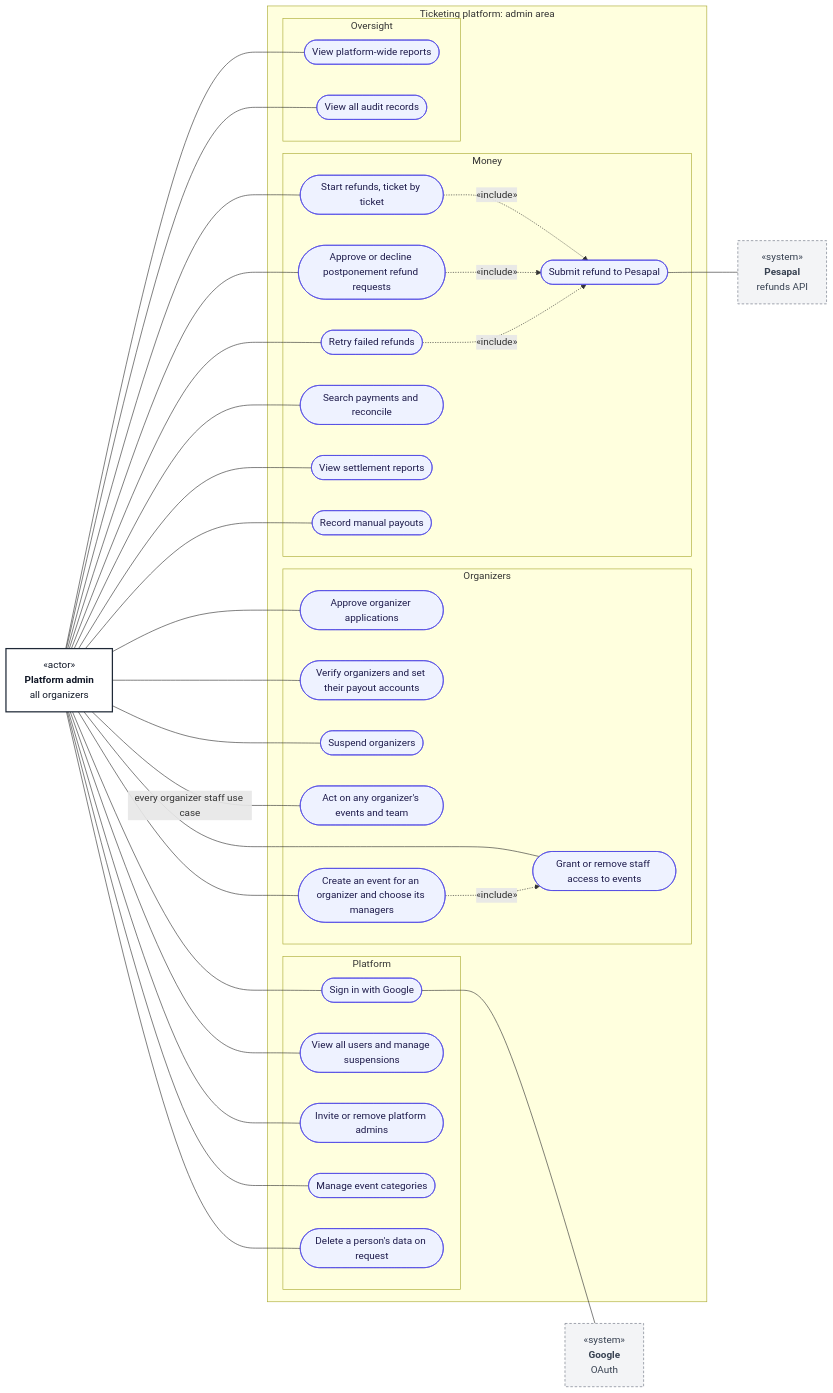
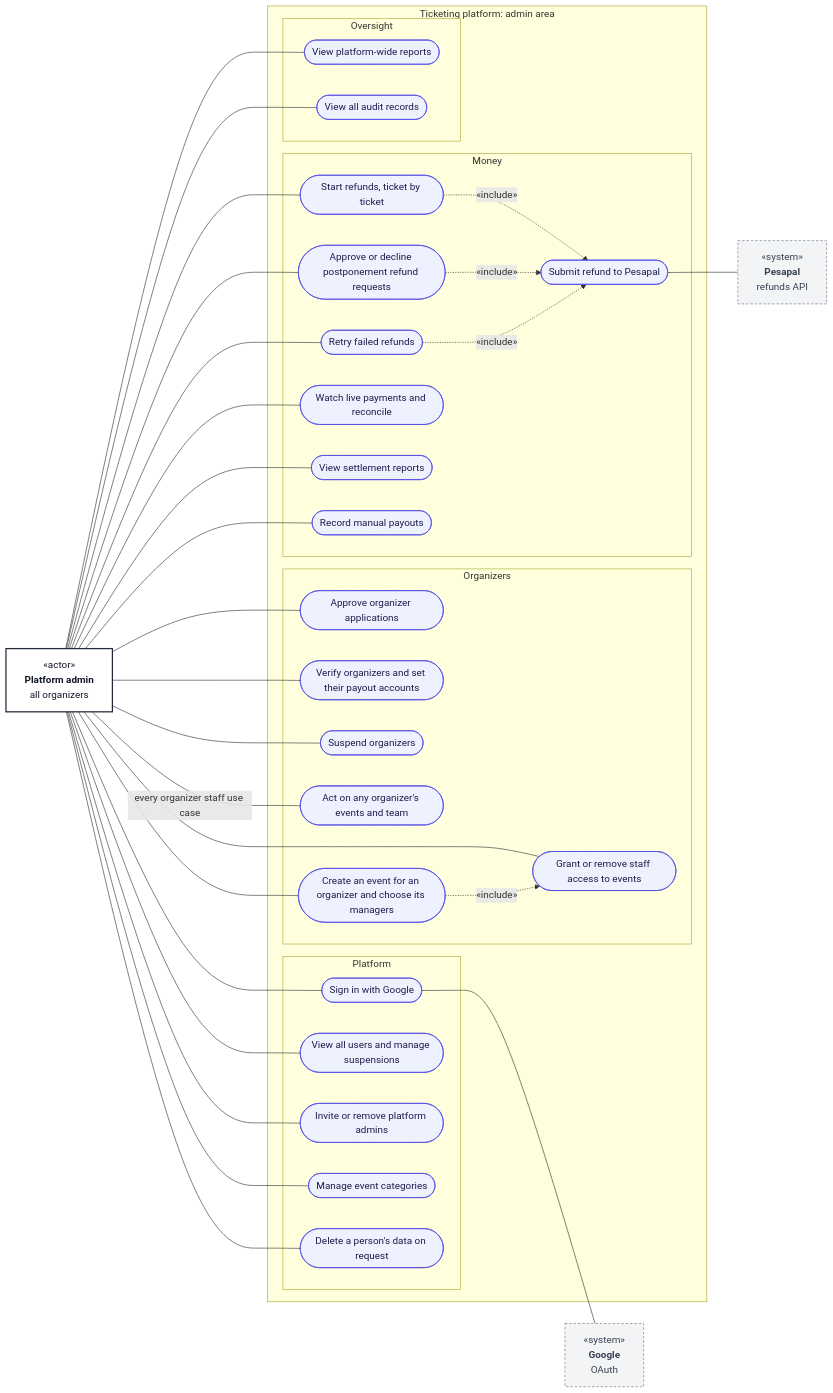
Before and after one commit to kreativesahara/ticket: the diagram in doc/diagrams/use-cases/05-platform-admin.md, drawn with Mermaid. The commit also changed other lines of this file and 15 other files, not shown here.

Commit message:
docs: add identity ERD, platform admin use case diagrams, and SOW updates

````diff
--- a/doc/diagrams/use-cases/05-platform-admin.md
+++ b/doc/diagrams/use-cases/05-platform-admin.md
@@ -9,70 +9,70 @@
 ```mermaid
 flowchart LR
     classDef actor fill:#ffffff,stroke:#1f2937,stroke-width:2px,color:#111827
     classDef external fill:#f3f4f6,stroke:#6b7280,stroke-width:1px,stroke-dasharray:4 3,color:#374151
     classDef usecase fill:#eef2ff,stroke:#4f46e5,stroke-width:1px,color:#1e1b4b
 
     Admin["«actor»<br/><b>Platform admin</b><br/>all organizers"]:::actor
 
     subgraph SYS["Ticketing platform: admin area"]
         subgraph P1["Platform"]
             A1(["Sign in with Google"]):::usecase
             A2(["View all users and manage suspensions"]):::usecase
             A3(["Invite or remove platform admins"]):::usecase
             A4(["Manage event categories"]):::usecase
             A18(["Delete a person's data on request"]):::usecase
         end
         subgraph P2["Organizers"]
             A5(["Approve organizer applications"]):::usecase
             A6(["Verify organizers and set their payout accounts"]):::usecase
             A7(["Suspend organizers"]):::usecase
             A8(["Act on any organizer's events and team"]):::usecase
             A20(["Create an event for an organizer and choose its managers"]):::usecase
             A19(["Grant or remove staff access to events"]):::usecase
         end
         subgraph P3["Money"]
             A9(["Start refunds, ticket by ticket"]):::usecase
             A10(["Approve or decline postponement refund requests"]):::usecase
             A11(["Retry failed refunds"]):::usecase
             A12(["Submit refund to Pesapal"]):::usecase
-            A13(["Search payments and reconcile"]):::usecase
+            A13(["Watch live payments and reconcile"]):::usecase
             A14(["View settlement reports"]):::usecase
             A15(["Record manual payouts"]):::usecase
         end
         subgraph P4["Oversight"]
             A16(["View platform-wide reports"]):::usecase
             A17(["View all audit records"]):::usecase
         end
     end
 
     Google["«system»<br/><b>Google</b><br/>OAuth"]:::external
     Pesapal["«system»<br/><b>Pesapal</b><br/>refunds API"]:::external
 
     Admin --- A1
     Admin --- A2
     Admin --- A3
     Admin --- A4
     Admin --- A18
     Admin --- A5
     Admin --- A6
     Admin --- A7
     Admin ---|"every organizer staff use case"| A8
     Admin --- A19
     Admin --- A20
     A20 -.->|"«include»"| A19
     Admin --- A9
     Admin --- A10
     Admin --- A11
     Admin --- A13
     Admin --- A14
     Admin --- A15
     Admin --- A16
     Admin --- A17
 
     A9 -.->|"«include»"| A12
     A10 -.->|"«include»"| A12
     A11 -.->|"«include»"| A12
 
     A1 --- Google
     A12 --- Pesapal
 ```
````
